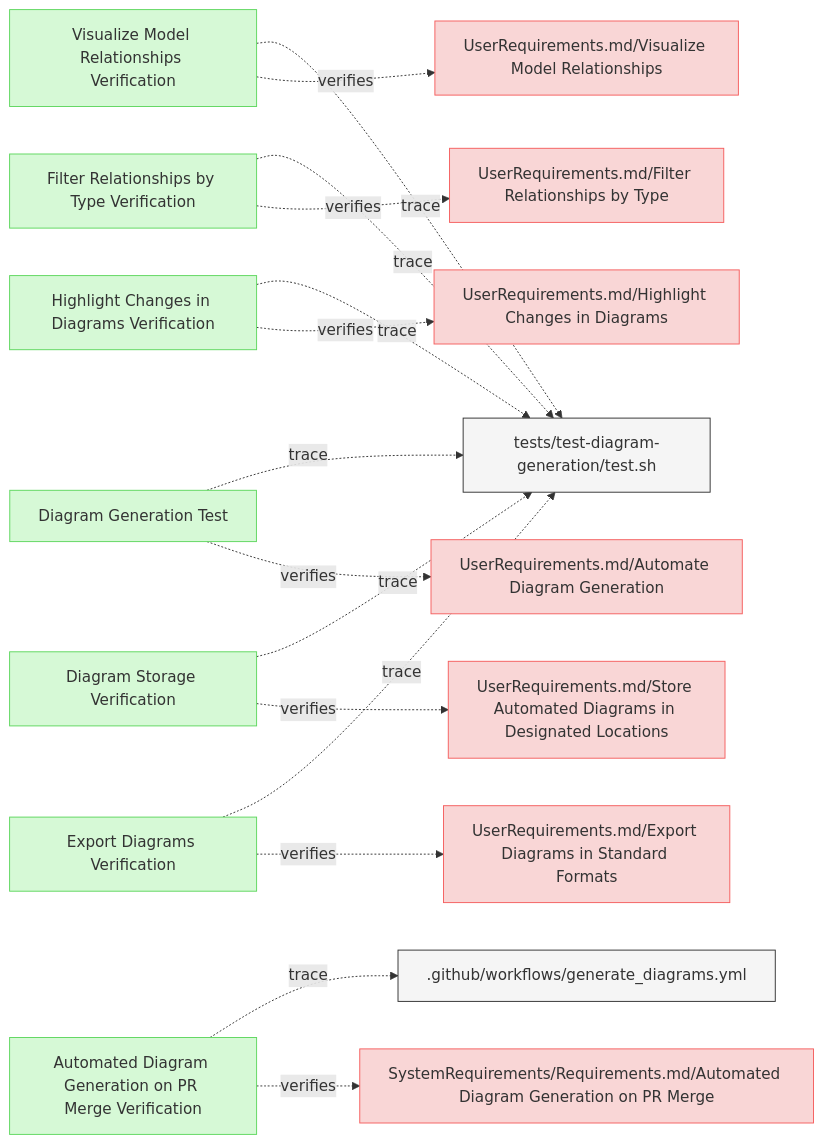
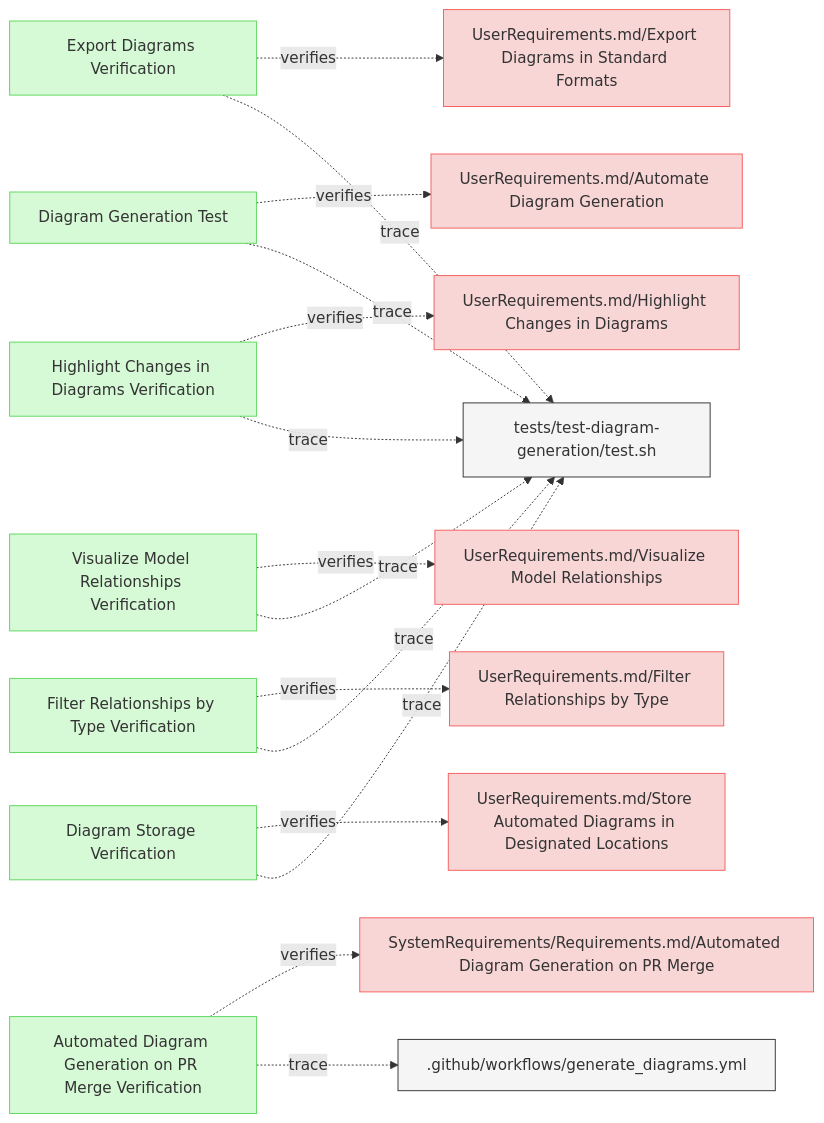
The diagram in specifications/Verifications/DiagramsTests.md (reqvire-org/reqvire), drawn with Mermaid before and after one commit. The commit also changed 17 other files, not shown here.

Commit message:
Auto-generate diagrams after PR merge to main

````diff
--- a/specifications/Verifications/DiagramsTests.md
+++ b/specifications/Verifications/DiagramsTests.md
@@ -6,71 +6,71 @@
 ```mermaid
 graph LR;
   %% Graph styling
   classDef requirement fill:#f9d6d6,stroke:#f55f5f,stroke-width:1px;
   classDef verification fill:#d6f9d6,stroke:#5fd75f,stroke-width:1px;
   classDef externalLink fill:#d0e0ff,stroke:#3080ff,stroke-width:1px;
   classDef default fill:#f5f5f5,stroke:#333333,stroke-width:1px;
 
-  b95c73d7b3c5e7ac["Diagram Generation Test"];
-  click b95c73d7b3c5e7ac "https://github.com/ilijaljubicic/ReqFlow/blob/29a17f176519a28e973567d4102beb95f41075ed/specifications/Verifications/DiagramsTests.md#diagram-generation-test";
-  class b95c73d7b3c5e7ac verification;
-  81f9235dedaea6a9["UserRequirements.md/Automate Diagram Generation"];
-  class 81f9235dedaea6a9 requirement;
-  click 81f9235dedaea6a9 "https://github.com/ilijaljubicic/ReqFlow/blob/29a17f176519a28e973567d4102beb95f41075ed/specifications/UserRequirements.md#automate-diagram-generation";
-  b95c73d7b3c5e7ac -.->|verifies| 81f9235dedaea6a9;
-  2dd8375bf8ece1f6["tests/test-diagram-generation/test.sh"];
-  class 2dd8375bf8ece1f6 default;
-  click 2dd8375bf8ece1f6 "https://github.com/ilijaljubicic/ReqFlow/blob/29a17f176519a28e973567d4102beb95f41075ed/tests/test-diagram-generation/test.sh";
-  b95c73d7b3c5e7ac -.->|trace| 2dd8375bf8ece1f6;
-  de2dada38a93e772["Highlight Changes in Diagrams Verification"];
-  click de2dada38a93e772 "https://github.com/ilijaljubicic/ReqFlow/blob/29a17f176519a28e973567d4102beb95f41075ed/specifications/Verifications/DiagramsTests.md#highlight-changes-in-diagrams-verification";
-  class de2dada38a93e772 verification;
-  fd7388e379372d7b["UserRequirements.md/Highlight Changes in Diagrams"];
-  class fd7388e379372d7b requirement;
-  click fd7388e379372d7b "https://github.com/ilijaljubicic/ReqFlow/blob/29a17f176519a28e973567d4102beb95f41075ed/specifications/UserRequirements.md#highlight-changes-in-diagrams";
-  de2dada38a93e772 -.->|verifies| fd7388e379372d7b;
-  de2dada38a93e772 -.->|trace| 2dd8375bf8ece1f6;
-  732c08823f3f7056["Filter Relationships by Type Verification"];
-  click 732c08823f3f7056 "https://github.com/ilijaljubicic/ReqFlow/blob/29a17f176519a28e973567d4102beb95f41075ed/specifications/Verifications/DiagramsTests.md#filter-relationships-by-type-verification";
-  class 732c08823f3f7056 verification;
-  30d97803eba68a13["UserRequirements.md/Filter Relationships by Type"];
-  class 30d97803eba68a13 requirement;
-  click 30d97803eba68a13 "https://github.com/ilijaljubicic/ReqFlow/blob/29a17f176519a28e973567d4102beb95f41075ed/specifications/UserRequirements.md#filter-relationships-by-type";
-  732c08823f3f7056 -.->|verifies| 30d97803eba68a13;
-  732c08823f3f7056 -.->|trace| 2dd8375bf8ece1f6;
-  3721164cd8a1ab90["Automated Diagram Generation on PR Merge Verification"];
-  click 3721164cd8a1ab90 "https://github.com/ilijaljubicic/ReqFlow/blob/29a17f176519a28e973567d4102beb95f41075ed/specifications/Verifications/DiagramsTests.md#automated-diagram-generation-on-pr-merge-verification";
-  class 3721164cd8a1ab90 verification;
-  f2a7d0df128bcf98["SystemRequirements/Requirements.md/Automated Diagram Generation on PR Merge"];
-  class f2a7d0df128bcf98 requirement;
-  click f2a7d0df128bcf98 "https://github.com/ilijaljubicic/ReqFlow/blob/29a17f176519a28e973567d4102beb95f41075ed/specifications/SystemRequirements/Requirements.md#automated-diagram-generation-on-pr-merge";
-  3721164cd8a1ab90 -.->|verifies| f2a7d0df128bcf98;
-  d062860f47933799[".github/workflows/generate_diagrams.yml"];
-  class d062860f47933799 default;
-  click d062860f47933799 "https://github.com/ilijaljubicic/ReqFlow/blob/29a17f176519a28e973567d4102beb95f41075ed/.github/workflows/generate_diagrams.yml";
-  3721164cd8a1ab90 -.->|trace| d062860f47933799;
-  edfca08d368123d1["Visualize Model Relationships Verification"];
-  click edfca08d368123d1 "https://github.com/ilijaljubicic/ReqFlow/blob/29a17f176519a28e973567d4102beb95f41075ed/specifications/Verifications/DiagramsTests.md#visualize-model-relationships-verification";
-  class edfca08d368123d1 verification;
-  a6a836283607bf45["UserRequirements.md/Visualize Model Relationships"];
-  class a6a836283607bf45 requirement;
-  click a6a836283607bf45 "https://github.com/ilijaljubicic/ReqFlow/blob/29a17f176519a28e973567d4102beb95f41075ed/specifications/UserRequirements.md#visualize-model-relationships";
-  edfca08d368123d1 -.->|verifies| a6a836283607bf45;
-  edfca08d368123d1 -.->|trace| 2dd8375bf8ece1f6;
-  2f7223b3574da08d["Diagram Storage Verification"];
-  click 2f7223b3574da08d "https://github.com/ilijaljubicic/ReqFlow/blob/29a17f176519a28e973567d4102beb95f41075ed/specifications/Verifications/DiagramsTests.md#diagram-storage-verification";
-  class 2f7223b3574da08d verification;
-  aee397f35b867556["UserRequirements.md/Store Automated Diagrams in Designated Locations"];
-  class aee397f35b867556 requirement;
-  click aee397f35b867556 "https://github.com/ilijaljubicic/ReqFlow/blob/29a17f176519a28e973567d4102beb95f41075ed/specifications/UserRequirements.md#store-automated-diagrams-in-designated-locations";
-  2f7223b3574da08d -.->|verifies| aee397f35b867556;
-  2f7223b3574da08d -.->|trace| 2dd8375bf8ece1f6;
-  b59eae4e310ddae5["Export Diagrams Verification"];
-  click b59eae4e310ddae5 "https://github.com/ilijaljubicic/ReqFlow/blob/29a17f176519a28e973567d4102beb95f41075ed/specifications/Verifications/DiagramsTests.md#export-diagrams-verification";
-  class b59eae4e310ddae5 verification;
-  10c00a1bd12fefa5["UserRequirements.md/Export Diagrams in Standard Formats"];
-  class 10c00a1bd12fefa5 requirement;
-  click 10c00a1bd12fefa5 "https://github.com/ilijaljubicic/ReqFlow/blob/29a17f176519a28e973567d4102beb95f41075ed/specifications/UserRequirements.md#export-diagrams-in-standard-formats";
-  b59eae4e310ddae5 -.->|verifies| 10c00a1bd12fefa5;
-  b59eae4e310ddae5 -.->|trace| 2dd8375bf8ece1f6;
+  f75fd64834a53a9["Export Diagrams Verification"];
+  click f75fd64834a53a9 "https://github.com/ilijaljubicic/ReqFlow/blob/73d5ae1d93adea71fdf4cc508be4d1ae09be068f/specifications/Verifications/DiagramsTests.md#export-diagrams-verification";
+  class f75fd64834a53a9 verification;
+  3e72f83cabd0bad8["UserRequirements.md/Export Diagrams in Standard Formats"];
+  class 3e72f83cabd0bad8 requirement;
+  click 3e72f83cabd0bad8 "https://github.com/ilijaljubicic/ReqFlow/blob/73d5ae1d93adea71fdf4cc508be4d1ae09be068f/specifications/UserRequirements.md#export-diagrams-in-standard-formats";
+  f75fd64834a53a9 -.->|verifies| 3e72f83cabd0bad8;
+  b678046eb95fb241["tests/test-diagram-generation/test.sh"];
+  class b678046eb95fb241 default;
+  click b678046eb95fb241 "https://github.com/ilijaljubicic/ReqFlow/blob/73d5ae1d93adea71fdf4cc508be4d1ae09be068f/tests/test-diagram-generation/test.sh";
+  f75fd64834a53a9 -.->|trace| b678046eb95fb241;
+  ea26b60dd62761cc["Diagram Generation Test"];
+  click ea26b60dd62761cc "https://github.com/ilijaljubicic/ReqFlow/blob/73d5ae1d93adea71fdf4cc508be4d1ae09be068f/specifications/Verifications/DiagramsTests.md#diagram-generation-test";
+  class ea26b60dd62761cc verification;
+  64be2a98bd80a653["UserRequirements.md/Automate Diagram Generation"];
+  class 64be2a98bd80a653 requirement;
+  click 64be2a98bd80a653 "https://github.com/ilijaljubicic/ReqFlow/blob/73d5ae1d93adea71fdf4cc508be4d1ae09be068f/specifications/UserRequirements.md#automate-diagram-generation";
+  ea26b60dd62761cc -.->|verifies| 64be2a98bd80a653;
+  ea26b60dd62761cc -.->|trace| b678046eb95fb241;
+  9c5bd4294c6701c6["Highlight Changes in Diagrams Verification"];
+  click 9c5bd4294c6701c6 "https://github.com/ilijaljubicic/ReqFlow/blob/73d5ae1d93adea71fdf4cc508be4d1ae09be068f/specifications/Verifications/DiagramsTests.md#highlight-changes-in-diagrams-verification";
+  class 9c5bd4294c6701c6 verification;
+  d3a1b6b68298a744["UserRequirements.md/Highlight Changes in Diagrams"];
+  class d3a1b6b68298a744 requirement;
+  click d3a1b6b68298a744 "https://github.com/ilijaljubicic/ReqFlow/blob/73d5ae1d93adea71fdf4cc508be4d1ae09be068f/specifications/UserRequirements.md#highlight-changes-in-diagrams";
+  9c5bd4294c6701c6 -.->|verifies| d3a1b6b68298a744;
+  9c5bd4294c6701c6 -.->|trace| b678046eb95fb241;
+  f4a75b18d7e9ae3["Visualize Model Relationships Verification"];
+  click f4a75b18d7e9ae3 "https://github.com/ilijaljubicic/ReqFlow/blob/73d5ae1d93adea71fdf4cc508be4d1ae09be068f/specifications/Verifications/DiagramsTests.md#visualize-model-relationships-verification";
+  class f4a75b18d7e9ae3 verification;
+  37611ee8059e0f03["UserRequirements.md/Visualize Model Relationships"];
+  class 37611ee8059e0f03 requirement;
+  click 37611ee8059e0f03 "https://github.com/ilijaljubicic/ReqFlow/blob/73d5ae1d93adea71fdf4cc508be4d1ae09be068f/specifications/UserRequirements.md#visualize-model-relationships";
+  f4a75b18d7e9ae3 -.->|verifies| 37611ee8059e0f03;
+  f4a75b18d7e9ae3 -.->|trace| b678046eb95fb241;
+  4c6d245c9314fe1f["Filter Relationships by Type Verification"];
+  click 4c6d245c9314fe1f "https://github.com/ilijaljubicic/ReqFlow/blob/73d5ae1d93adea71fdf4cc508be4d1ae09be068f/specifications/Verifications/DiagramsTests.md#filter-relationships-by-type-verification";
+  class 4c6d245c9314fe1f verification;
+  aaa09eb94d160979["UserRequirements.md/Filter Relationships by Type"];
+  class aaa09eb94d160979 requirement;
+  click aaa09eb94d160979 "https://github.com/ilijaljubicic/ReqFlow/blob/73d5ae1d93adea71fdf4cc508be4d1ae09be068f/specifications/UserRequirements.md#filter-relationships-by-type";
+  4c6d245c9314fe1f -.->|verifies| aaa09eb94d160979;
+  4c6d245c9314fe1f -.->|trace| b678046eb95fb241;
+  f7cceb82cc5597b5["Diagram Storage Verification"];
+  click f7cceb82cc5597b5 "https://github.com/ilijaljubicic/ReqFlow/blob/73d5ae1d93adea71fdf4cc508be4d1ae09be068f/specifications/Verifications/DiagramsTests.md#diagram-storage-verification";
+  class f7cceb82cc5597b5 verification;
+  e5f8f9f127a22da["UserRequirements.md/Store Automated Diagrams in Designated Locations"];
+  class e5f8f9f127a22da requirement;
+  click e5f8f9f127a22da "https://github.com/ilijaljubicic/ReqFlow/blob/73d5ae1d93adea71fdf4cc508be4d1ae09be068f/specifications/UserRequirements.md#store-automated-diagrams-in-designated-locations";
+  f7cceb82cc5597b5 -.->|verifies| e5f8f9f127a22da;
+  f7cceb82cc5597b5 -.->|trace| b678046eb95fb241;
+  e8ef9e868c2b1da8["Automated Diagram Generation on PR Merge Verification"];
+  click e8ef9e868c2b1da8 "https://github.com/ilijaljubicic/ReqFlow/blob/73d5ae1d93adea71fdf4cc508be4d1ae09be068f/specifications/Verifications/DiagramsTests.md#automated-diagram-generation-on-pr-merge-verification";
+  class e8ef9e868c2b1da8 verification;
+  4b9934c3f9197112["SystemRequirements/Requirements.md/Automated Diagram Generation on PR Merge"];
+  class 4b9934c3f9197112 requirement;
+  click 4b9934c3f9197112 "https://github.com/ilijaljubicic/ReqFlow/blob/73d5ae1d93adea71fdf4cc508be4d1ae09be068f/specifications/SystemRequirements/Requirements.md#automated-diagram-generation-on-pr-merge";
+  e8ef9e868c2b1da8 -.->|verifies| 4b9934c3f9197112;
+  aae2507df9855ad7[".github/workflows/generate_diagrams.yml"];
+  class aae2507df9855ad7 default;
+  click aae2507df9855ad7 "https://github.com/ilijaljubicic/ReqFlow/blob/73d5ae1d93adea71fdf4cc508be4d1ae09be068f/.github/workflows/generate_diagrams.yml";
+  e8ef9e868c2b1da8 -.->|trace| aae2507df9855ad7;
 ```
````
